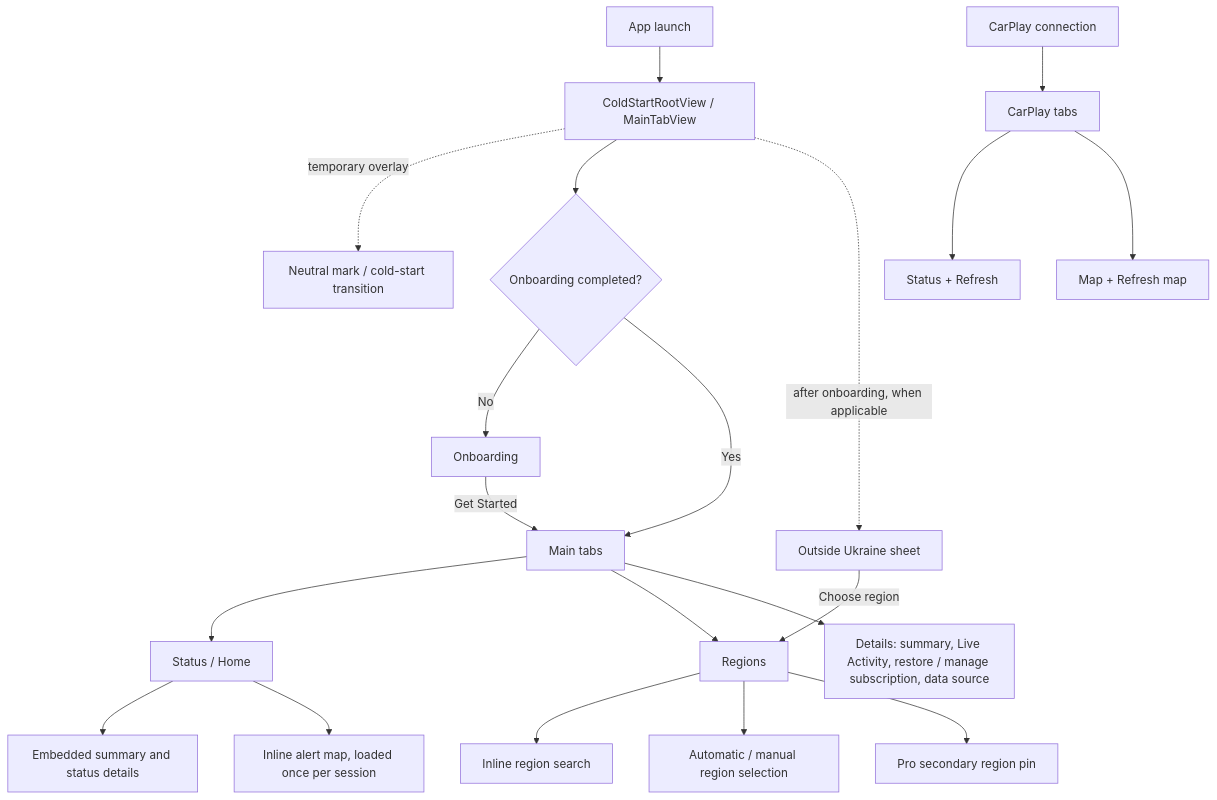
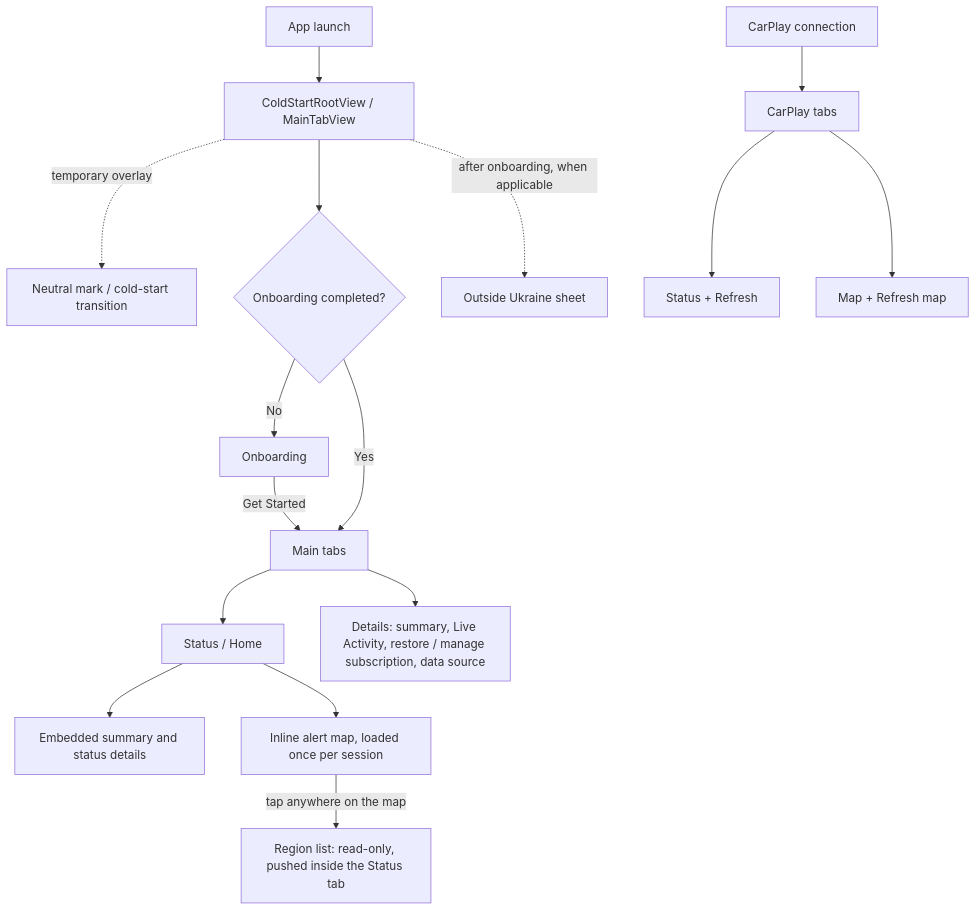
Before and after one commit to vil4max/regional-check: the second of 3 diagrams in docs/engineering/project-map.md, drawn with Mermaid. The commit also changed other lines of this file and 3 other files, not shown here.

````diff
--- a/docs/engineering/project-map.md
+++ b/docs/engineering/project-map.md
@@ -45,22 +45,18 @@
 ```mermaid
 flowchart TD
     Launch[App launch] --> Root[ColdStartRootView / MainTabView]
     Root -. temporary overlay .-> Cold[Neutral mark / cold-start transition]
     Root --> First{Onboarding completed?}
     First -->|No| Onboarding[Onboarding]
     Onboarding -->|Get Started| Tabs[Main tabs]
     First -->|Yes| Tabs
     Tabs --> Status[Status / Home]
-    Tabs --> Regions[Regions]
     Status --> Summary[Embedded summary and status details]
     Status --> Map[Inline alert map, loaded once per session]
     Tabs --> Details[Details: summary, Live Activity, restore / manage subscription, data source]
-    Regions --> Search[Inline region search]
-    Regions --> Selection[Automatic / manual region selection]
-    Regions --> Pin[Pro secondary region pin]
+    Map -->|tap anywhere on the map| RegionList[Region list: read-only, pushed inside the Status tab]
     Root -. after onboarding, when applicable .-> Outside[Outside Ukraine sheet]
-    Outside -->|Choose region| Regions
     Connect[CarPlay connection] --> CPTabs[CarPlay tabs]
     CPTabs --> CPStatus[Status + Refresh]
     CPTabs --> CPMap[Map + Refresh map]
 ```
````
